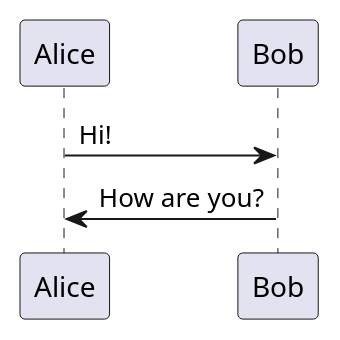
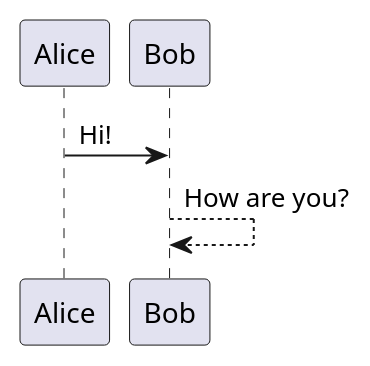
One commit to mojeedoyedeji/dermvision.docs changed the diagram in docs/source/_sections/system-design/prms.rst. Above: the diagram before and after it, drawn with PlantUML. The commit also changed other lines of this file, not shown here.

```diff
--- a/docs/source/_sections/system-design/prms.rst
+++ b/docs/source/_sections/system-design/prms.rst
@@ -47,4 +47,5 @@
 .. uml::
-
+    @startuml
     Alice -> Bob: Hi!
-    Alice <- Bob: How are you?
+    Bob --> Bob: How are you?
+    @enduml  
```
